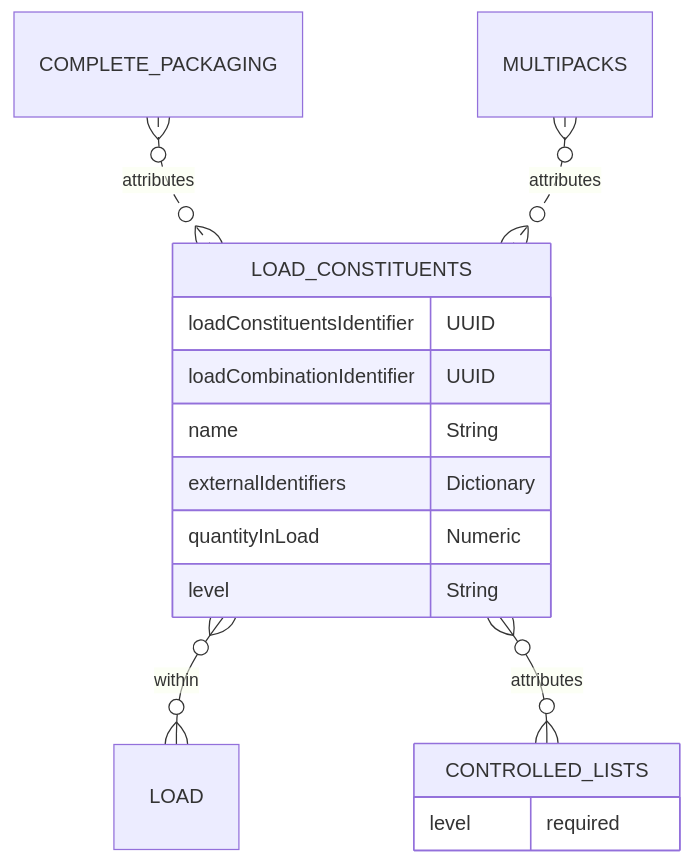
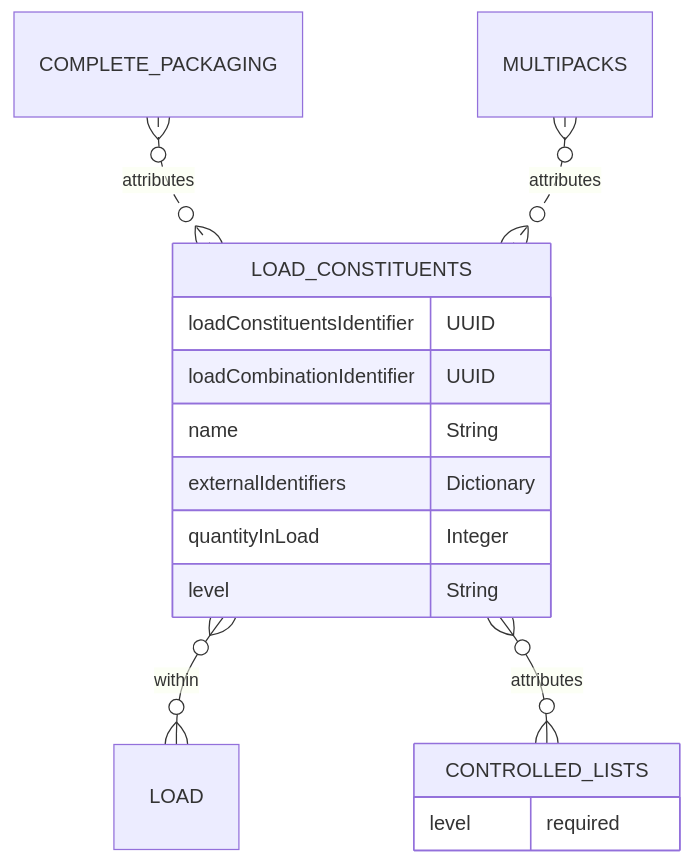
The diagram in docs/6_Relationship_Lists/6_011_Load_Constituents.md (OpenDataManchester/Open3P), drawn with Mermaid before and after one commit. The commit also changed other lines of this file, not shown here.

Commit message:
Changed Numeric format in Load Constituents

````diff
--- a/docs/6_Relationship_Lists/6_011_Load_Constituents.md
+++ b/docs/6_Relationship_Lists/6_011_Load_Constituents.md
@@ -22,18 +22,18 @@
 ``` mermaid
 erDiagram
   COMPLETE_PACKAGING }o..o{ LOAD_CONSTITUENTS : attributes
   MULTIPACKS }o..o{ LOAD_CONSTITUENTS : attributes
   LOAD_CONSTITUENTS {
     loadConstituentsIdentifier UUID
     loadCombinationIdentifier UUID
     name String
     externalIdentifiers Dictionary
-    quantityInLoad Numeric
+    quantityInLoad Integer
     level String
   }
   LOAD_CONSTITUENTS }o--o{ LOAD : within
   LOAD_CONSTITUENTS }o--o{ CONTROLLED_LISTS : attributes
   CONTROLLED_LISTS {
     level required
   }
 ```
````
